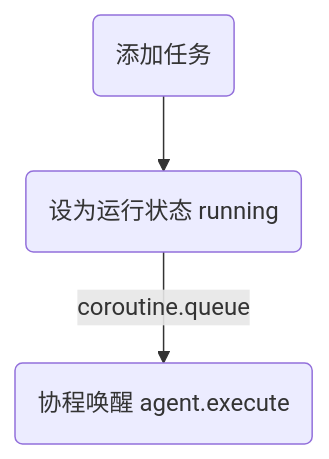
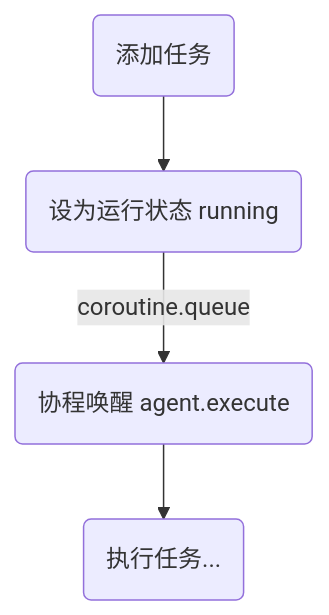
Before and after one commit to huuhghhgyg/Container-Terminal-Simulation: the second of 4 diagrams in docs/agent-template.md, drawn with Mermaid. The commit also changed other lines of this file and 2 other files, not shown here.

````diff
--- a/docs/agent-template.md
+++ b/docs/agent-template.md
@@ -20,8 +21,9 @@
 ```mermaid
 graph
 addtask(添加任务)
 invoke(协程唤醒 agent.execute)
 running(设为运行状态 running)
+execute(执行任务...)
 
-addtask-->running-->|coroutine.queue|invoke
+addtask-->running-->|coroutine.queue|invoke-->execute
 ```
````
